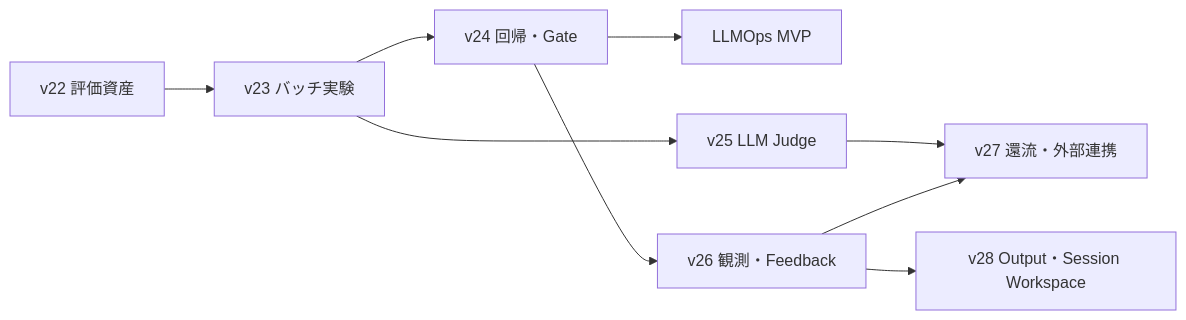
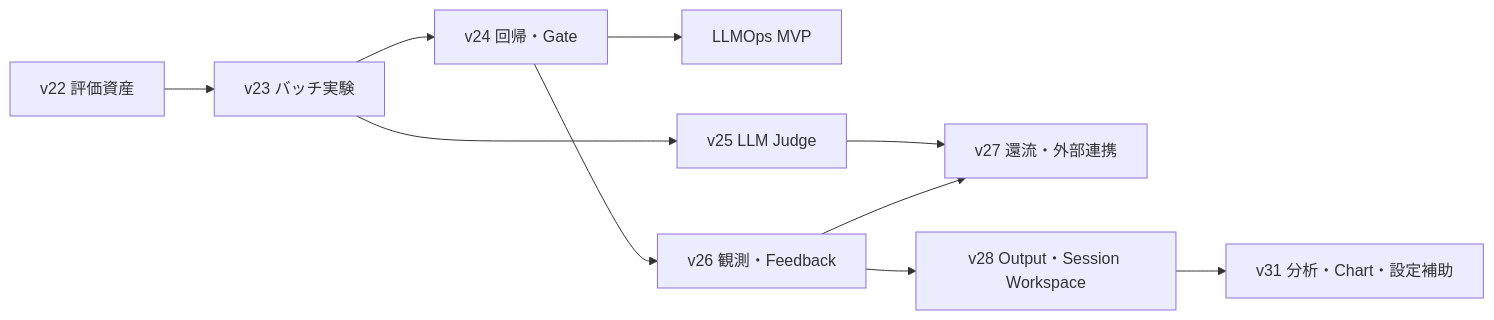
The second of 2 diagrams in implementation/llmops-roadmap.md (yy7613/agentblume), drawn with Mermaid before and after one commit. The commit also changed other lines of this file and 47 other files, not shown here.

````diff
--- a/implementation/llmops-roadmap.md
+++ b/implementation/llmops-roadmap.md
@@ -275,10 +293,11 @@
 ```mermaid
 flowchart LR
   V22["v22 評価資産"] --> V23["v23 バッチ実験"] --> V24["v24 回帰・Gate"]
   V24 --> MVP["LLMOps MVP"]
   V23 --> V25["v25 LLM Judge"]
   V24 --> V26["v26 観測・Feedback"]
   V25 --> V27["v27 還流・外部連携"]
   V26 --> V27
   V26 --> V28["v28 Output・Session Workspace"]
+  V28 --> V31["v31 分析・Chart・設定補助"]
 ```
````
